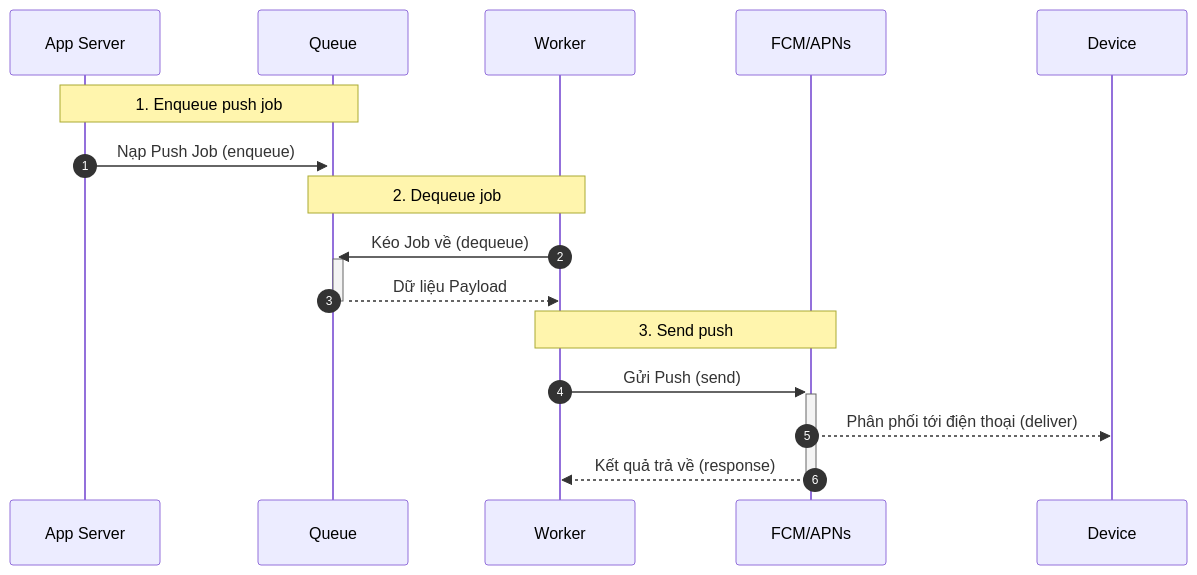
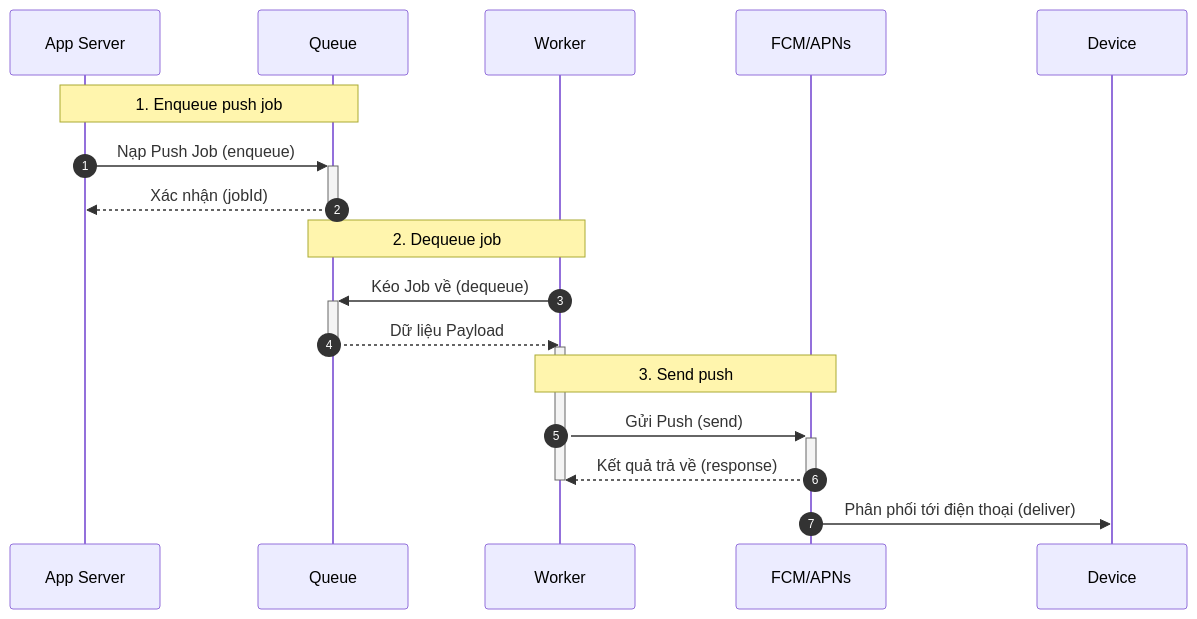
Before and after one commit to dinhhoang235/Chat-App: the first of 3 diagrams in docs/notifications.md, drawn with Mermaid. The commit also changed 6 other files, not shown here.

Commit message:
refactor: streamline sequence diagrams and enhance clarity in API interactions across documentation

````diff
--- a/docs/notifications.md
+++ b/docs/notifications.md
@@ -22,21 +22,24 @@
 ```mermaid
 sequenceDiagram
   autonumber
   participant API as App Server
   participant Q as Queue
   participant W as Worker
   participant F as FCM/APNs
   participant D as Device
 
   Note over API,Q: 1. Enqueue push job
   API->>+Q: Nạp Push Job (enqueue)
+  Q-->>-API: Xác nhận (jobId)
 
   Note over W,Q: 2. Dequeue job
   W->>+Q: Kéo Job về (dequeue)
   Q-->>-W: Dữ liệu Payload
+  activate W
 
   Note over W,F: 3. Send push
   W->>+F: Gửi Push (send)
-  F-->>D: Phân phối tới điện thoại (deliver)
   F-->>-W: Kết quả trả về (response)
+  deactivate W
+  F->>D: Phân phối tới điện thoại (deliver)
 ```
````
